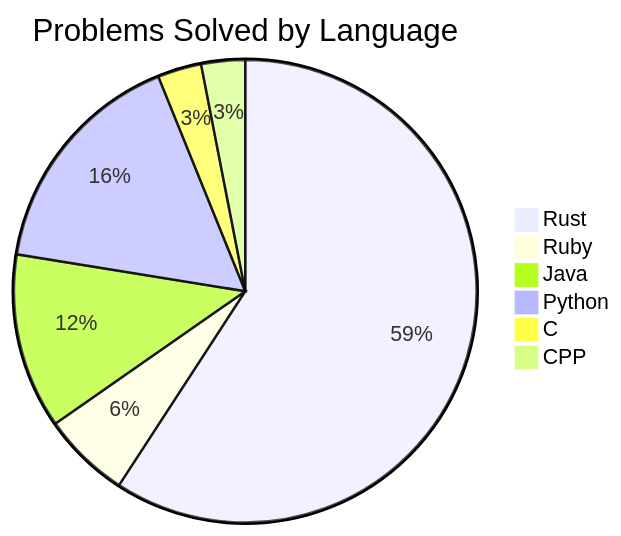
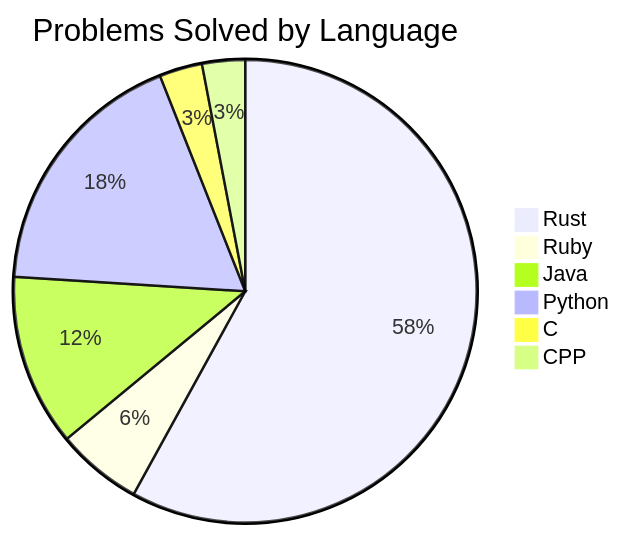
The diagram in README.md (Liam-Wirth/leetcode-solutions), drawn with Mermaid before and after one commit. The commit also changed other lines of this file and 13 other files, not shown here.

````diff
--- a/README.md
+++ b/README.md
@@ -28,9 +28,9 @@
 ```mermaid
 pie title Problems Solved by Language
     "Rust": 116
     "Ruby": 12
     "Java": 24
-    "Python": 32
+    "Python": 36
     "C": 6
     "CPP": 6
 ```
````
